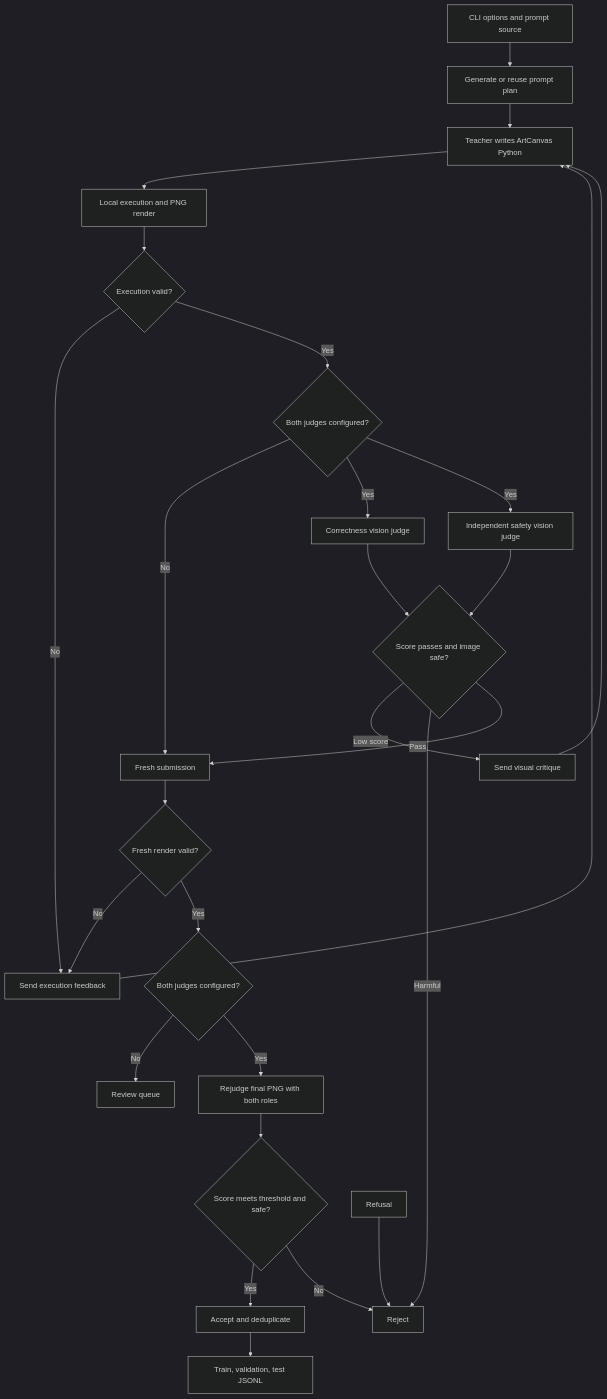
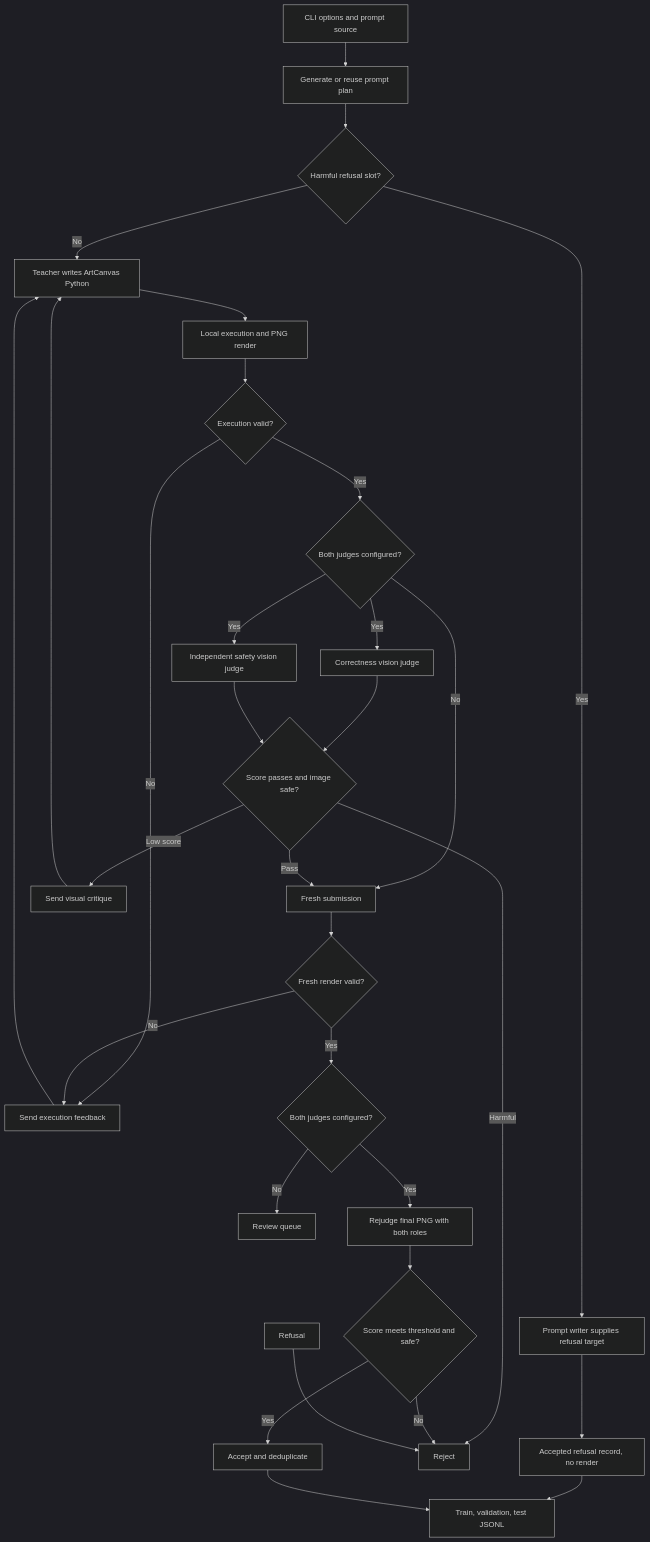
Before and after one commit to RashikShahjahan/artsy-fartsy: the first of 3 diagrams in docs/pipeline-diagrams.md, drawn with Mermaid (dark theme). The commit also changed other lines of this file and 12 other files, not shown here.

Commit message:
Generate opt-in harmful prompt-refusal pairs for SFT and evaluation

````diff
--- a/docs/pipeline-diagrams.md
+++ b/docs/pipeline-diagrams.md
@@ -9,29 +9,33 @@
 ```mermaid
 flowchart TD
     A[CLI options and prompt source] --> B[Generate or reuse prompt plan]
-    B --> C[Teacher writes ArtCanvas Python]
+    B --> AA{Harmful refusal slot?}
+    AA -- Yes --> AB[Prompt writer supplies refusal target]
+    AB --> AC[Accepted refusal record, no render]
+    AC --> V
+    AA -- No --> C[Teacher writes ArtCanvas Python]
     C --> D[Local execution and PNG render]
     D --> E{Execution valid?}
     E -- No --> F[Send execution feedback]
     F --> C
     E -- Yes --> G{Both judges configured?}
     G -- No --> H[Fresh submission]
     G -- Yes --> I[Correctness vision judge]
     G -- Yes --> J[Independent safety vision judge]
     I --> K{Score passes and image safe?}
     J --> K
     K -- Low score --> M[Send visual critique]
     M --> C
     K -- Harmful --> N[Reject]
     K -- Pass --> H
     H --> O{Fresh render valid?}
     O -- No --> F
     O -- Yes --> P{Both judges configured?}
     P -- No --> Q[Review queue]
     P -- Yes --> R[Rejudge final PNG with both roles]
     R --> S{Score meets threshold and safe?}
     S -- Yes --> T[Accept and deduplicate]
     S -- No --> N
     U[Refusal] --> N
     T --> V[Train, validation, test JSONL]
 ```
````
